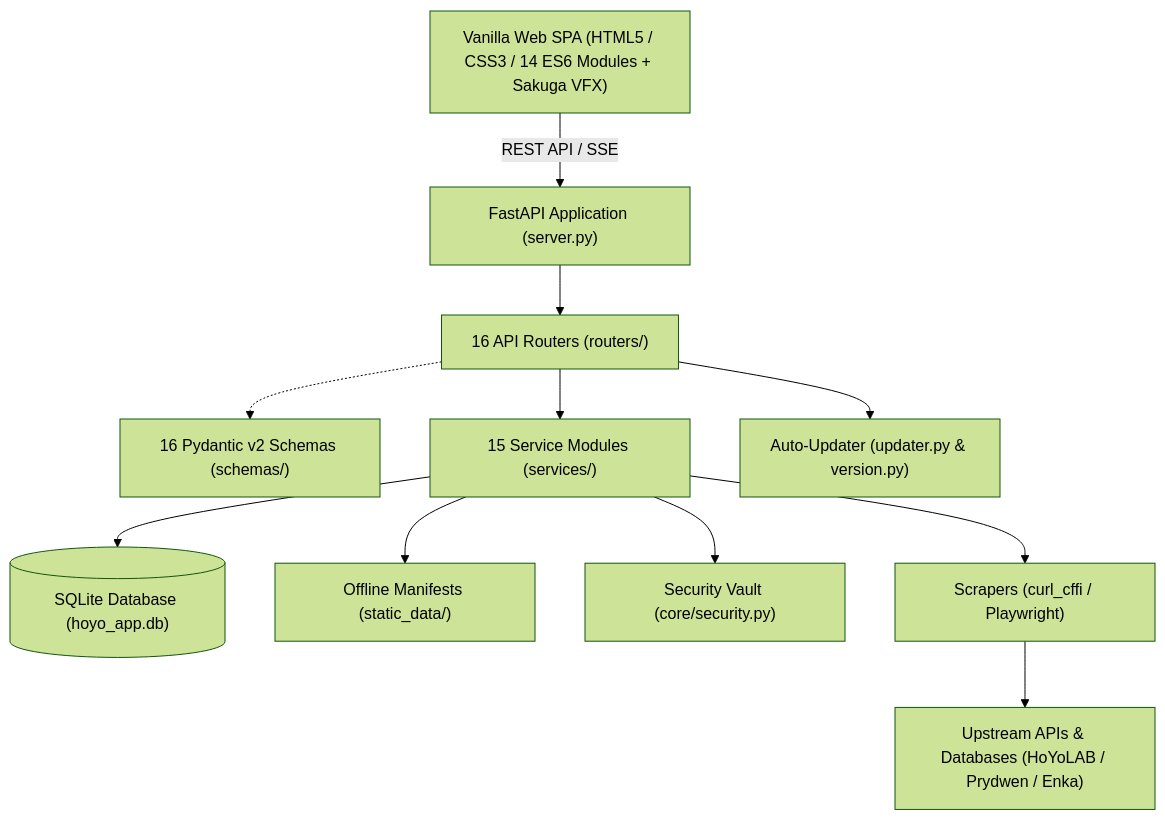
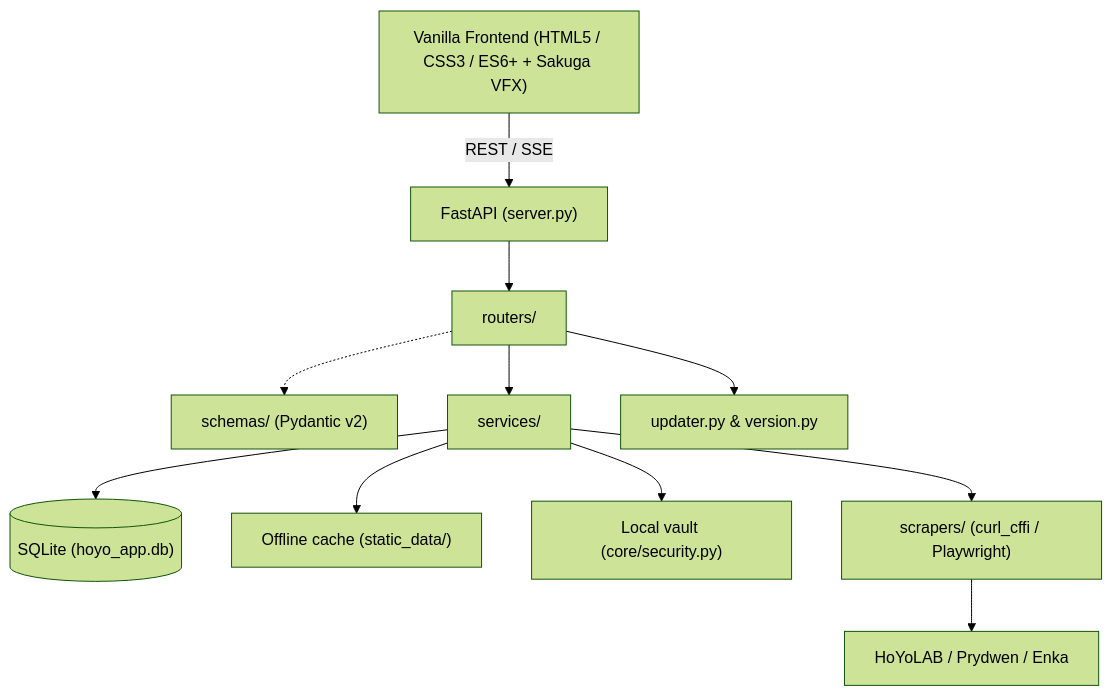
The diagram in README.en.md (Lacas0010/Cabeca_de_Droid), drawn with Mermaid (forest theme) before and after one commit. The commit also changed other lines of this file and 51 other files, not shown here.

````diff
--- a/README.en.md
+++ b/README.en.md
@@ -196,13 +147,13 @@
 ```mermaid
 graph TD
-    UI["Vanilla Web SPA (HTML5 / CSS3 / 14 ES6 Modules + Sakuga VFX)"] -->|REST API / SSE| API["FastAPI Application (server.py)"]
-    API --> Routers["16 API Routers (routers/)"]
-    Routers -.-> Schemas["16 Pydantic v2 Schemas (schemas/)"]
-    Routers --> Services["15 Service Modules (services/)"]
-    Routers --> Updater["Auto-Updater (updater.py & version.py)"]
-    Services --> DB[("SQLite Database (hoyo_app.db)")]
-    Services --> Static["Offline Manifests (static_data/)"]
-    Services --> Vault["Security Vault (core/security.py)"]
-    Services --> Scrapers["Scrapers (curl_cffi / Playwright)"]
-    Scrapers --> Ext["Upstream APIs & Databases (HoYoLAB / Prydwen / Enka)"]
+    UI["Vanilla Frontend (HTML5 / CSS3 / ES6+ + Sakuga VFX)"] -->|REST / SSE| API["FastAPI (server.py)"]
+    API --> Routers["routers/"]
+    Routers -.-> Schemas["schemas/ (Pydantic v2)"]
+    Routers --> Services["services/"]
+    Routers --> Updater["updater.py & version.py"]
+    Services --> DB[("SQLite (hoyo_app.db)")]
+    Services --> Static["Offline cache (static_data/)"]
+    Services --> Vault["Local vault (core/security.py)"]
+    Services --> Scrapers["scrapers/ (curl_cffi / Playwright)"]
+    Scrapers --> Ext["HoYoLAB / Prydwen / Enka"]
 ```
````
